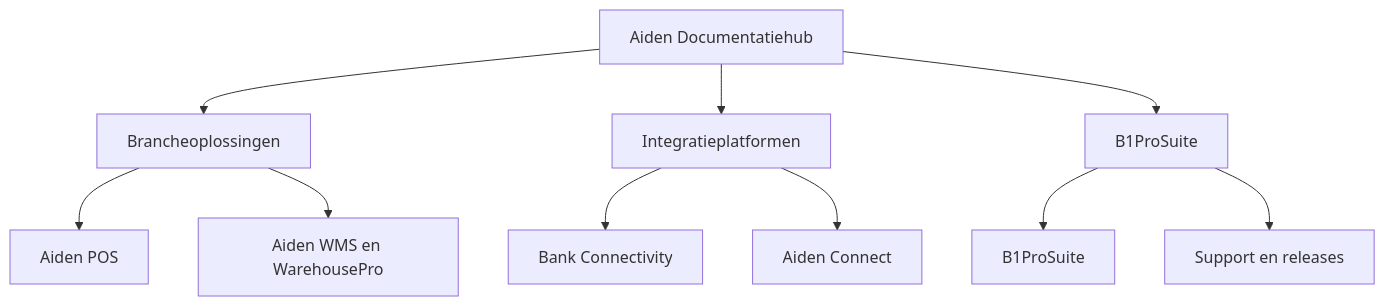
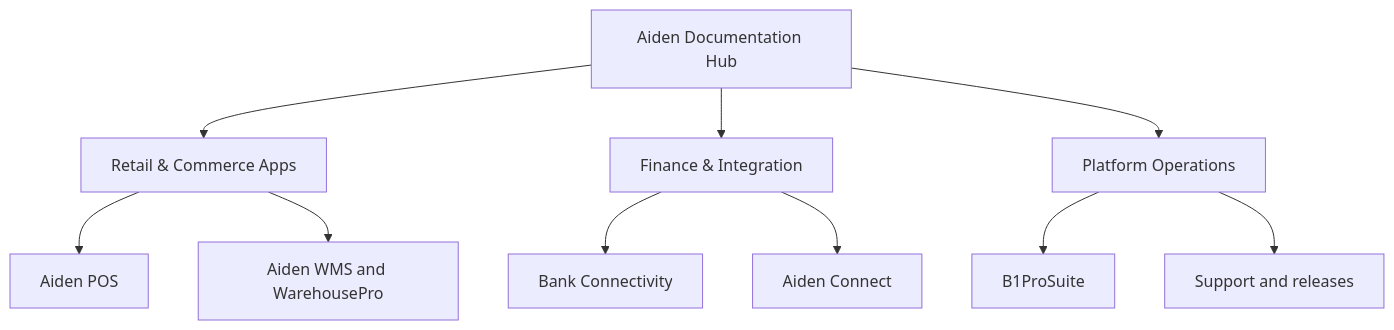
Before and after one commit to gitbook-demo-sites/aiden-demo-site-20260625: the diagram in home/recommended-gitbook-architecture.md, drawn with Mermaid. The commit also changed other lines of this file and 11 other files, not shown here.

````diff
--- a/home/recommended-gitbook-architecture.md
+++ b/home/recommended-gitbook-architecture.md
@@ -32,12 +32,12 @@
 ```mermaid
 flowchart TD
-    DocsHub[Aiden Documentatiehub] --> Retail[Brancheoplossingen]
-    DocsHub --> Finance[Integratieplatformen]
-    DocsHub --> Platform[B1ProSuite]
+    DocsHub[Aiden Documentation Hub] --> Retail[Retail & Commerce Apps]
+    DocsHub --> Finance[Finance & Integration]
+    DocsHub --> Platform[Platform Operations]
     Retail --> POS[Aiden POS]
-    Retail --> WMS[Aiden WMS en WarehousePro]
+    Retail --> WMS[Aiden WMS and WarehousePro]
     Finance --> Bank[Bank Connectivity]
     Finance --> Connect[Aiden Connect]
     Platform --> B1[B1ProSuite]
-    Platform --> Support[Support en releases]
+    Platform --> Support[Support and releases]
 ```
````
